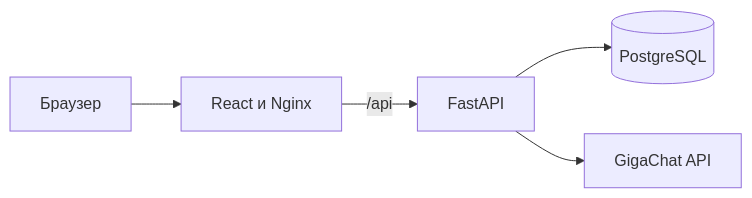
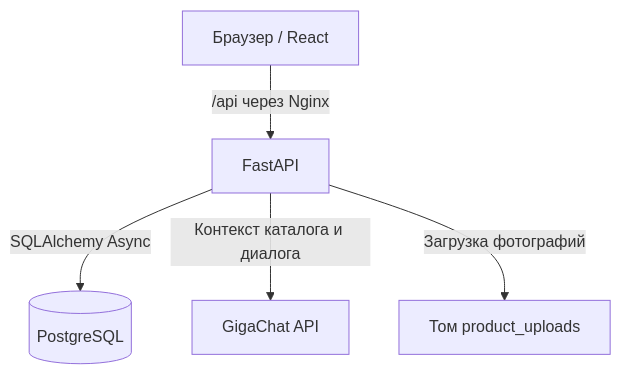
The diagram in README.md (Ghost2772/Diplom), drawn with Mermaid before and after one commit. The commit also changed other lines of this file and 8 other files, not shown here.

Commit message:
feat: present portfolio architecture and demo walkthrough

````diff
--- a/README.md
+++ b/README.md
@@ -37,7 +79,7 @@
 ```mermaid
-flowchart LR
-    Browser[Браузер] --> Frontend[React и Nginx]
-    Frontend -->|/api| Backend[FastAPI]
-    Backend --> Database[(PostgreSQL)]
-    Backend --> AI[GigaChat API]
+flowchart TD
+    Browser["Браузер / React"] -->|"/api через Nginx"| Backend["FastAPI"]
+    Backend -->|"SQLAlchemy Async"| Database[("PostgreSQL")]
+    Backend -->|"Контекст каталога и диалога"| AI["GigaChat API"]
+    Backend -->|"Загрузка фотографий"| Media["Том product_uploads"]
 ```
````
